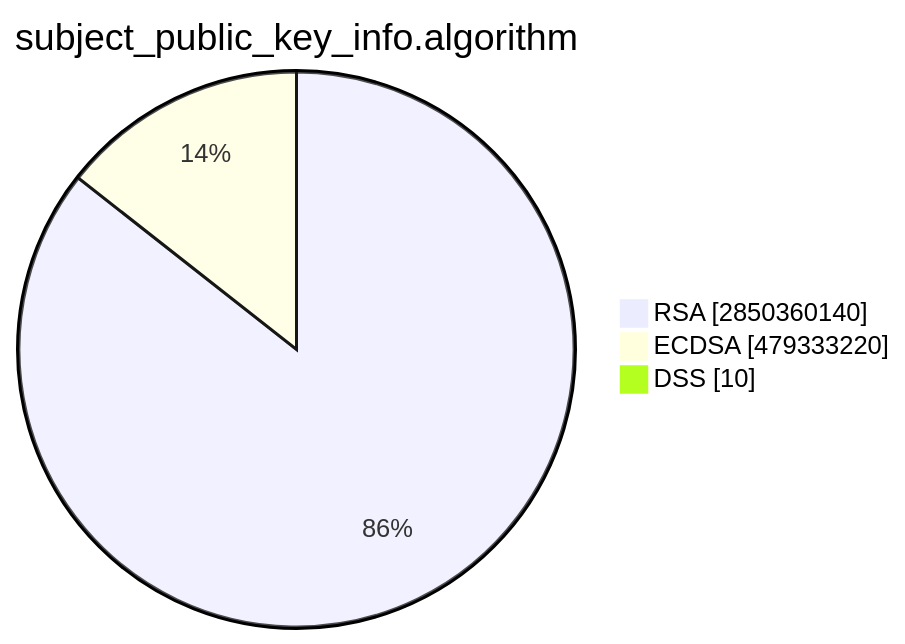
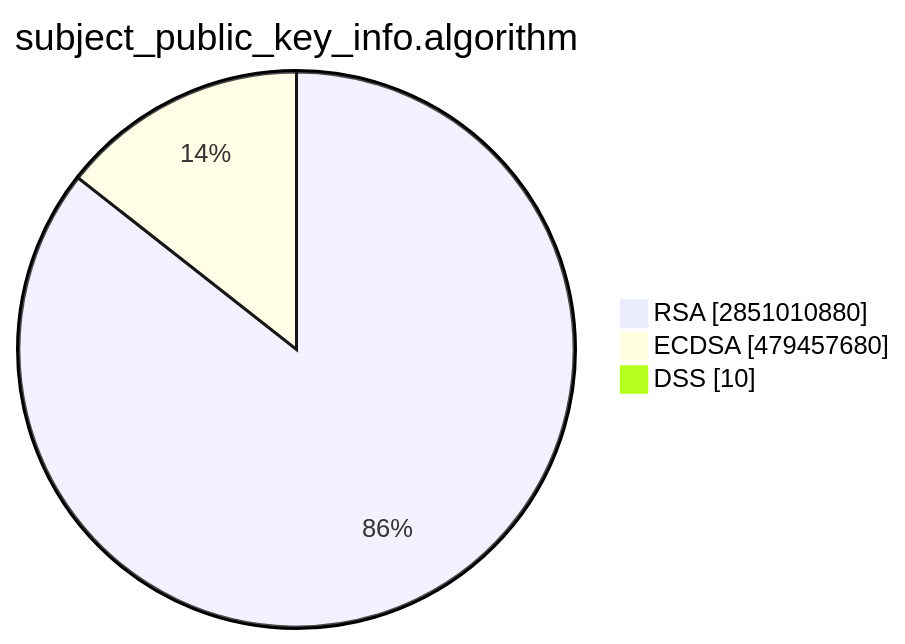
One commit to christiankrug/ctmonitor_visualization changed the second of 15 diagrams in TOTAL/README.md. Above: the diagram before and after it, drawn with Mermaid. The commit also changed other lines of this file, not shown here.

````diff
--- a/TOTAL/README.md
+++ b/TOTAL/README.md
@@ -6,7 +6,7 @@
 ```mermaid
 pie showData
 title subject_public_key_info.algorithm
-"RSA" :2850360140
-"ECDSA" :479333220
+"RSA" :2851010880
+"ECDSA" :479457680
 "DSS" :10
 ```
````
